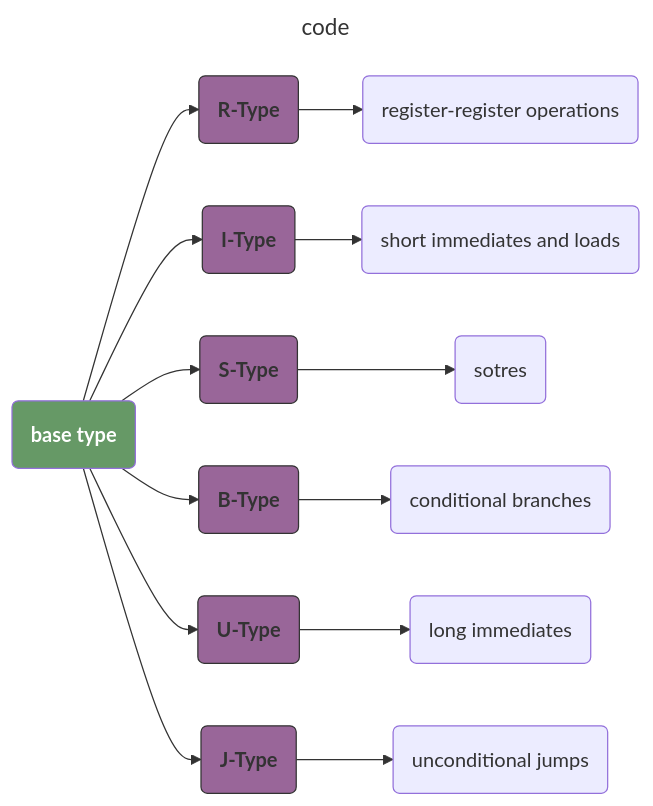
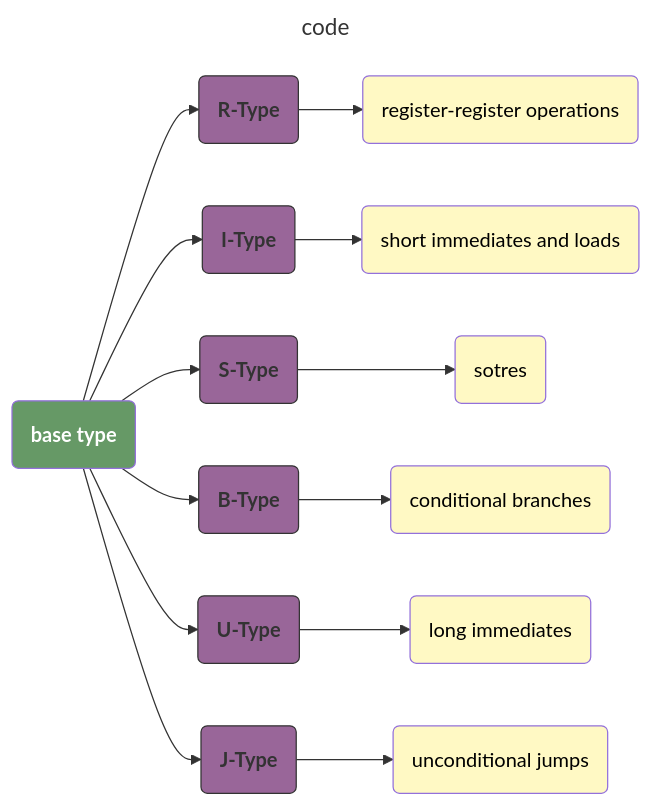
The first of 2 diagrams in README.md (0x822a5b87/tiny-RISC-V), drawn with Mermaid before and after one commit. The commit also changed other lines of this file, not shown here.

Commit message:
[main][update]redraw the graphic

````diff
--- a/README.md
+++ b/README.md
@@ -17,37 +17,39 @@
 ```mermaid
 ---
 title: code
 ---
 flowchart LR
 
 base_type("base type"):::green
 
 rtype("R-Type"):::purple
 itype("I-Type"):::purple
 stype("S-Type"):::purple
 btype("B-Type"):::purple
 utype("U-Type"):::purple
 jtype("J-Type"):::purple
 
-rtype --> r("register-register operations")
-itype --> i("short immediates and loads")
-stype --> s("sotres")
-btype --> b("conditional branches")
-utype --> u("long immediates")
-jtype --> j("unconditional jumps")
+rtype --> r("register-register operations"):::yellow
+itype --> i("short immediates and loads"):::yellow
+stype --> s("sotres"):::yellow
+btype --> b("conditional branches"):::yellow
+utype --> u("long immediates"):::yellow
+jtype --> j("unconditional jumps"):::yellow
 
 
 base_type --> rtype
 base_type --> itype
 base_type --> stype
 base_type --> btype
 base_type --> utype
 base_type --> jtype
 
 classDef pink 1,fill:#FFCCCC,stroke:#333, color: #fff, font-weight:bold;
+classDef pale_pink fill:#E1BEE7,color:#000000;
 classDef green fill: #696,color: #fff,font-weight: bold;
 classDef purple fill:#969,stroke:#333, font-weight: bold;
 classDef error fill:#bbf,stroke:#f66,stroke-width:2px,color:#fff,stroke-dasharray: 5 5
 classDef coral fill:#f9f,stroke:#333,stroke-width:4px;
 classDef animate stroke-dasharray: 9,5,stroke-dashoffset: 900,animation: dash 25s linear infinite;
+classDef yellow fill:#FFF9C4,color:#000000;
 ```
````
